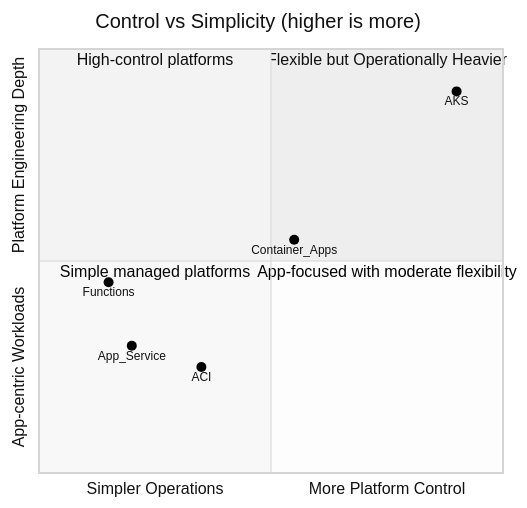
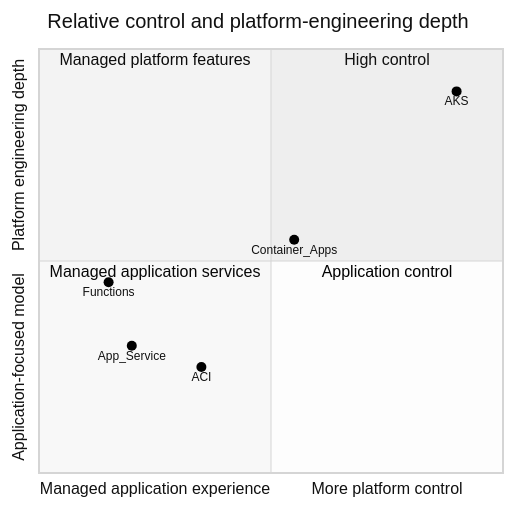
Before and after one commit to yeongseon/azure-container-apps-practical-guide: the first of 2 diagrams in docs/start-here/when-to-use-container-apps.md, drawn with Mermaid (neutral theme). The commit also changed other lines of this file and 6 other files, not shown here.

First line of the commit message:
docs(diagrams): migrate Start Here diagrams (#633)

````diff
--- a/docs/start-here/when-to-use-container-apps.md
+++ b/docs/start-here/when-to-use-container-apps.md
@@ -61,15 +67,17 @@
 ```mermaid
 quadrantChart
-    title Control vs Simplicity (higher is more)
-    x-axis Simpler Operations --> More Platform Control
-    y-axis App-centric Workloads --> Platform Engineering Depth
-    quadrant-1 Flexible but Operationally Heavier
-    quadrant-2 High-control platforms
-    quadrant-3 Simple managed platforms
-    quadrant-4 App-focused with moderate flexibility
+    accTitle: Relative positioning of Azure application and container compute services
+    accDescr: An orientation chart places App Service, Functions, Container Apps, Container Instances, and AKS by increasing platform control and platform-engineering depth. Exact placement is qualitative rather than a measured score.
+    title Relative control and platform-engineering depth
+    x-axis Managed application experience --> More platform control
+    y-axis Application-focused model --> Platform engineering depth
+    quadrant-1 High control
+    quadrant-2 Managed platform features
+    quadrant-3 Managed application services
+    quadrant-4 Application control
     App_Service: [0.2, 0.3]
     Functions: [0.15, 0.45]
     Container_Apps: [0.55, 0.55]
     ACI: [0.35, 0.25]
     AKS: [0.9, 0.9]
 ```
````
